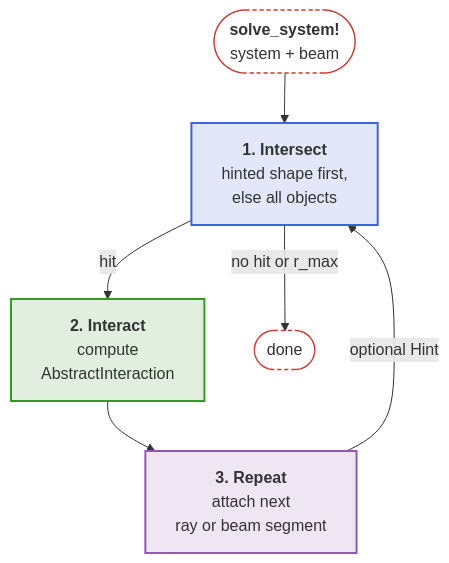
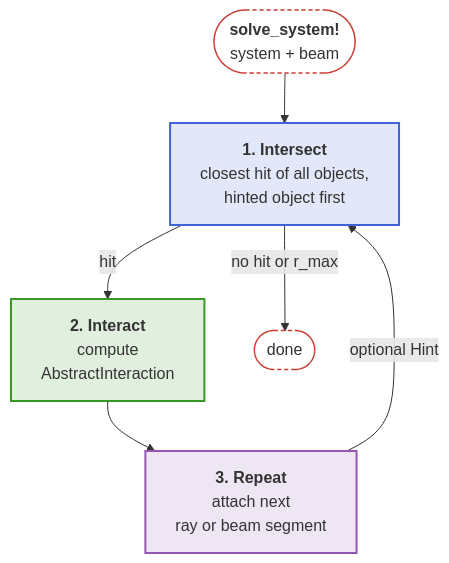
Before and after one commit to JuliaPhysics/BeamletOptics.jl: the first of 6 diagrams in docs/src/api/core.md, drawn with Mermaid. The commit also changed other lines of this file, not shown here.

Commit message:
Docs: core diagrams show coincident hits, the beyond-skip and the hint as an optimization

````diff
--- a/docs/src/api/core.md
+++ b/docs/src/api/core.md
@@ -15,17 +15,17 @@
 ```mermaid
 flowchart TB
     S(["<b>solve_system!</b><br/>system + beam"]) --> I
-    I["<b>1. Intersect</b><br/>hinted shape first,<br/>else all objects"] -- hit --> X["<b>2. Interact</b><br/>compute<br/>AbstractInteraction"]
+    I["<b>1. Intersect</b><br/>closest hit of all objects,<br/>hinted object first"] -- hit --> X["<b>2. Interact</b><br/>compute<br/>AbstractInteraction"]
     X --> R["<b>3. Repeat</b><br/>attach next<br/>ray or beam segment"]
     R -- "optional Hint" --> I
     I -- "no hit or r_max" --> E([done])
 
     classDef blue fill:#4063D826,stroke:#4063D8,stroke-width:2px
     classDef green fill:#38982626,stroke:#389826,stroke-width:2px
     classDef purple fill:#9558B226,stroke:#9558B2,stroke-width:2px
     classDef terminal fill:transparent,stroke:#CB3C33,stroke-width:1.5px,stroke-dasharray:4 3
     class I blue
     class X green
     class R purple
     class S,E terminal
 ```
````
